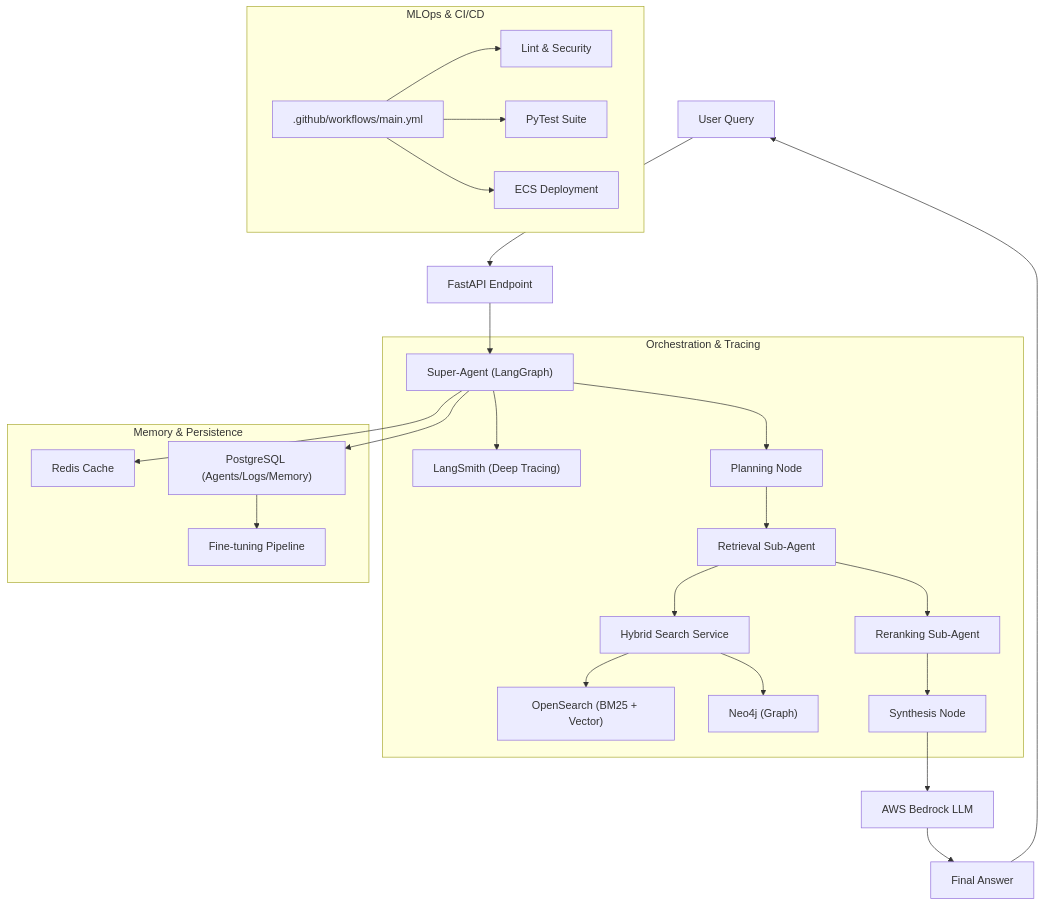
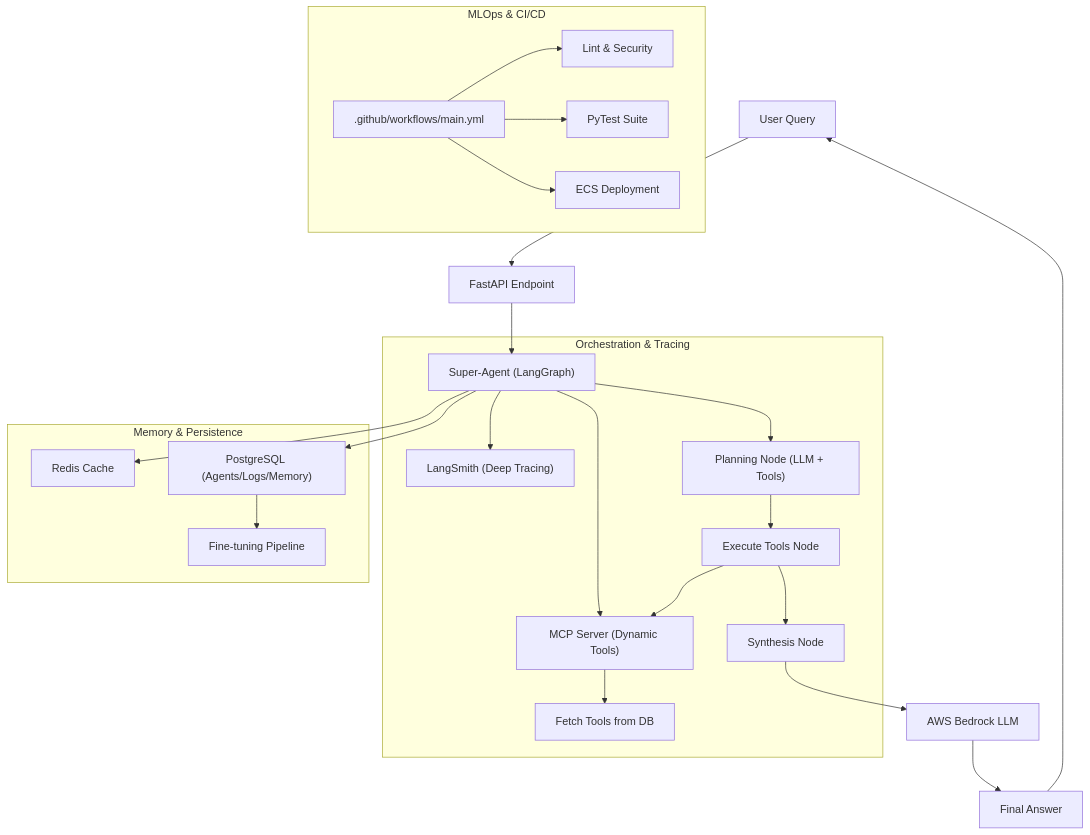
One commit to rahulbadhan2008/Agents changed the diagram in architecture.md. Above: the diagram before and after it, drawn with Mermaid. The commit also changed 6 other files, not shown here.

````diff
--- a/architecture.md
+++ b/architecture.md
@@ -1,35 +1,33 @@
 ```mermaid
 graph TD
     User["User Query"] --> API["FastAPI Endpoint"]
     API --> SuperAgent["Super-Agent (LangGraph)"]
     
     subgraph "Orchestration & Tracing"
         SuperAgent --> LS["LangSmith (Deep Tracing)"]
-        SuperAgent --> Plan["Planning Node"]
-        Plan --> RetrievalAgent["Retrieval Sub-Agent"]
-        RetrievalAgent --> LocalSearch["Hybrid Search Service"]
-        LocalSearch --> OS["OpenSearch (BM25 + Vector)"]
-        LocalSearch --> Neo4j["Neo4j (Graph)"]
-        
-        RetrievalAgent --> Rerank["Reranking Sub-Agent"]
-        Rerank --> Synthesize["Synthesis Node"]
+        SuperAgent --> MCP["MCP Server (Dynamic Tools)"]
+        SuperAgent --> Plan["Planning Node (LLM + Tools)"]
+        Plan --> Execution["Execute Tools Node"]
+        Execution --> MCP
+        MCP --> DB_Tools["Fetch Tools from DB"]
+        Execution --> Synthesize["Synthesis Node"]
     end
     
     Synthesize --> Bedrock["AWS Bedrock LLM"]
     Bedrock --> Response["Final Answer"]
     
     subgraph "MLOps & CI/CD"
         MainJob[".github/workflows/main.yml"]
         MainJob --> Lint["Lint & Security"]
         MainJob --> Test["PyTest Suite"]
         MainJob --> Deploy["ECS Deployment"]
     end
     
     subgraph "Memory & Persistence"
         SuperAgent --> Cache["Redis Cache"]
         SuperAgent --> DB["PostgreSQL (Agents/Logs/Memory)"]
         DB --> FineTune["Fine-tuning Pipeline"]
     end
     
     Response --> User
 ```
````
